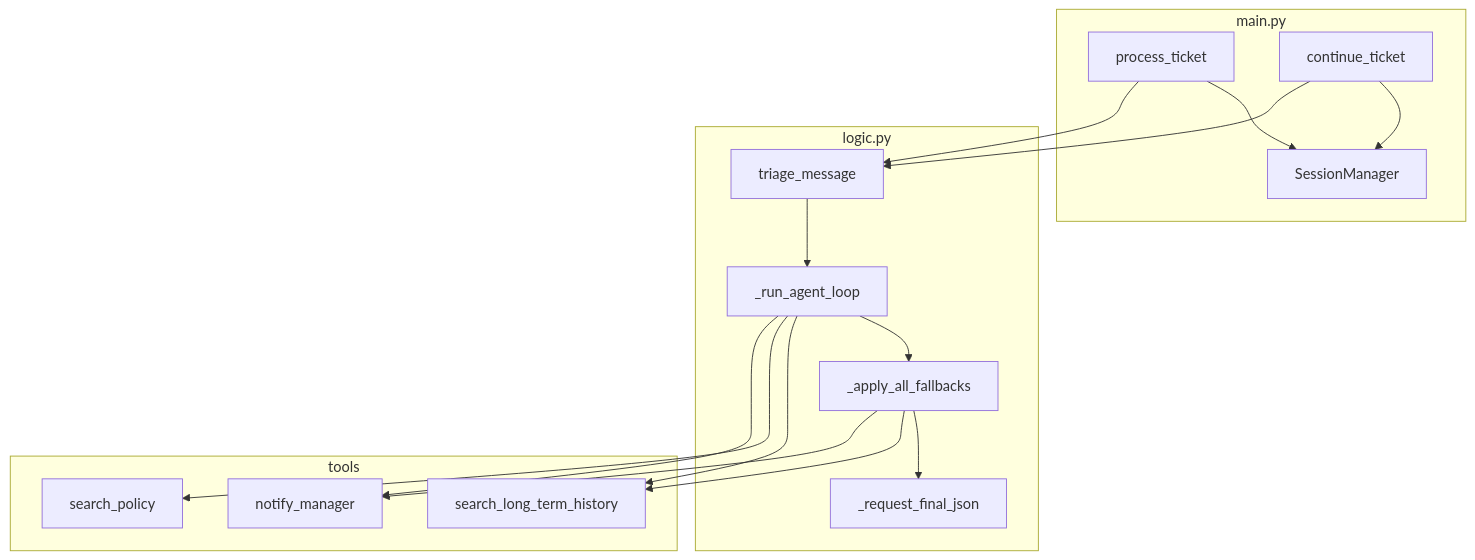
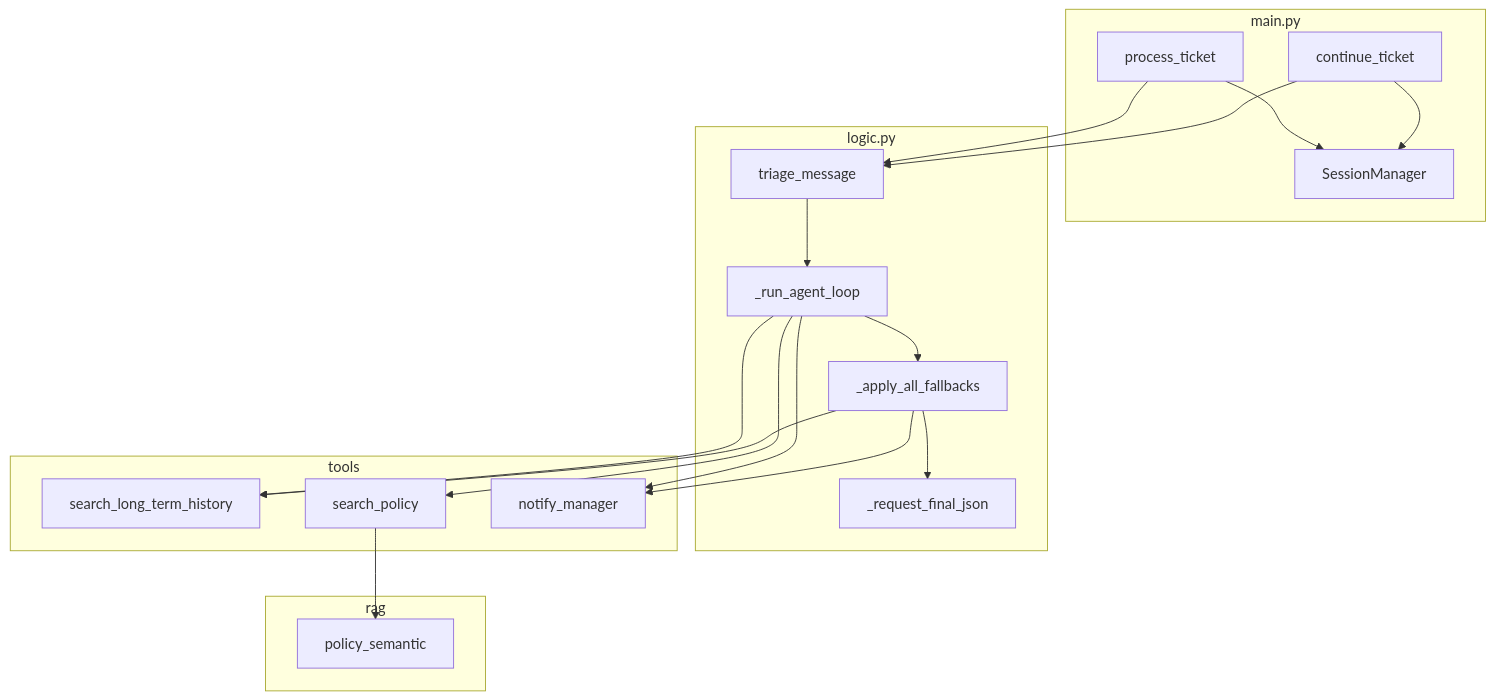
Before and after one commit to Impesud/agentic-triage-system: the first of 3 diagrams in README.md, drawn with Mermaid. The commit also changed other lines of this file and 3 other files, not shown here.

````diff
--- a/README.md
+++ b/README.md
@@ -23,30 +24,34 @@
 ```mermaid
 flowchart TB
     subgraph main_py [main.py]
         PT[process_ticket]
         CT[continue_ticket]
         SM[SessionManager]
         PT --> SM
         CT --> SM
     end
     subgraph logic_py [logic.py]
         TM[triage_message]
         Loop[_run_agent_loop]
         FB[_apply_all_fallbacks]
         TM --> Loop
         Loop --> FB
         FB --> JSON[_request_final_json]
     end
     subgraph tools_pkg [tools]
         LTM[search_long_term_history]
         SP[search_policy]
         NM[notify_manager]
     end
+    subgraph rag_pkg [rag]
+        RAG[policy_semantic]
+    end
+    SP --> RAG
     PT --> TM
     CT --> TM
     Loop --> LTM
     Loop --> SP
     Loop --> NM
     FB --> LTM
     FB --> NM
 ```
````
